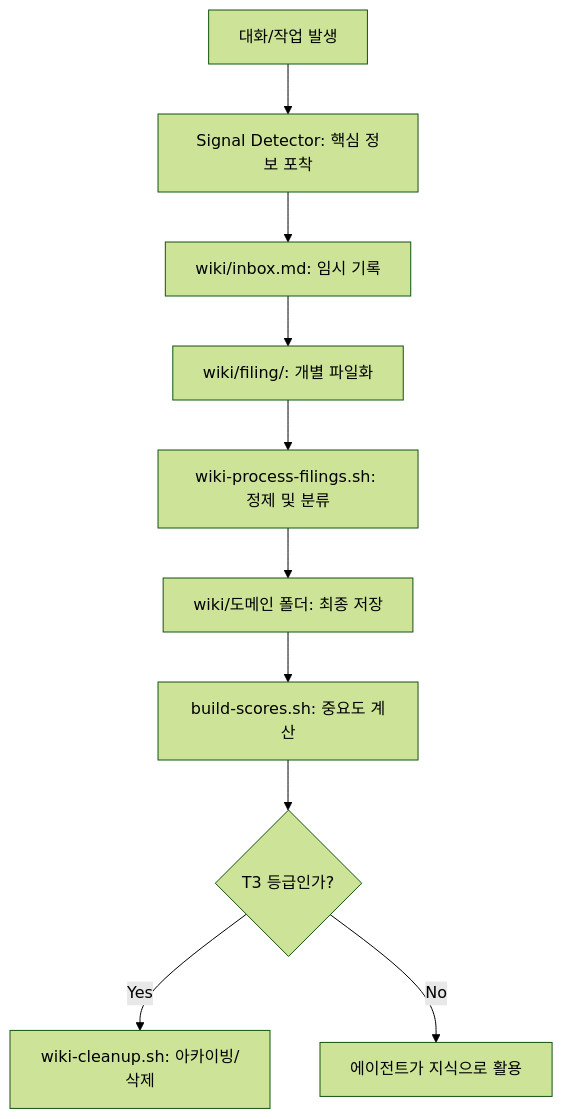
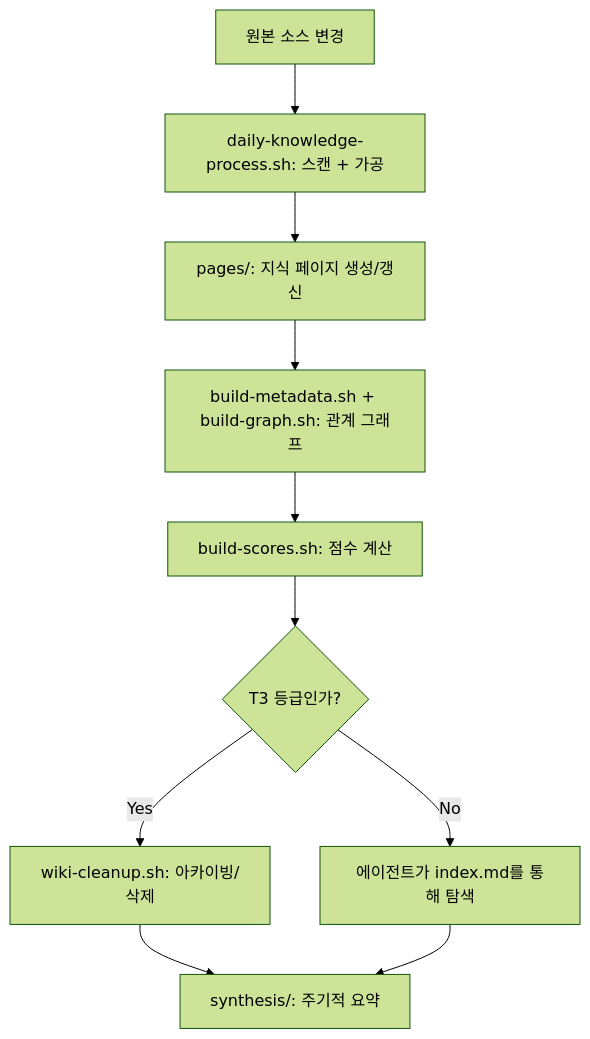
Before and after one commit to pheanor-agent/p-hermes: the diagram in docs/wiki/guides/knowledge-system.md, drawn with Mermaid (forest theme). The commit also changed other lines of this file and 46 other files, not shown here.

````diff
--- a/docs/wiki/guides/knowledge-system.md
+++ b/docs/wiki/guides/knowledge-system.md
@@ -38,12 +211,12 @@
 ```mermaid
 graph TD
-    A[대화/작업 발생] --> B[Signal Detector: 핵심 정보 포착]
-    B --> C[wiki/inbox.md: 임시 기록]
-    C --> D[wiki/filing/: 개별 파일화]
-    D --> E[wiki-process-filings.sh: 정제 및 분류]
-    E --> F[wiki/도메인 폴더: 최종 저장]
-    F --> G[build-scores.sh: 중요도 계산]
-    G --> H{T3 등급인가?}
-    H -- Yes --> I[wiki-cleanup.sh: 아카이빙/삭제]
-    H -- No --> J[에이전트가 지식으로 활용]
+    A[원본 소스 변경] --> B[daily-knowledge-process.sh: 스캔 + 가공]
+    B --> C[pages/: 지식 페이지 생성/갱신]
+    C --> D[build-metadata.sh + build-graph.sh: 관계 그래프]
+    D --> E[build-scores.sh: 점수 계산]
+    E --> F{T3 등급인가?}
+    F -- Yes --> G[wiki-cleanup.sh: 아카이빙/삭제]
+    F -- No --> H[에이전트가 index.md를 통해 탐색]
+    G --> I[synthesis/: 주기적 요약]
+    H --> I
 ```
````
